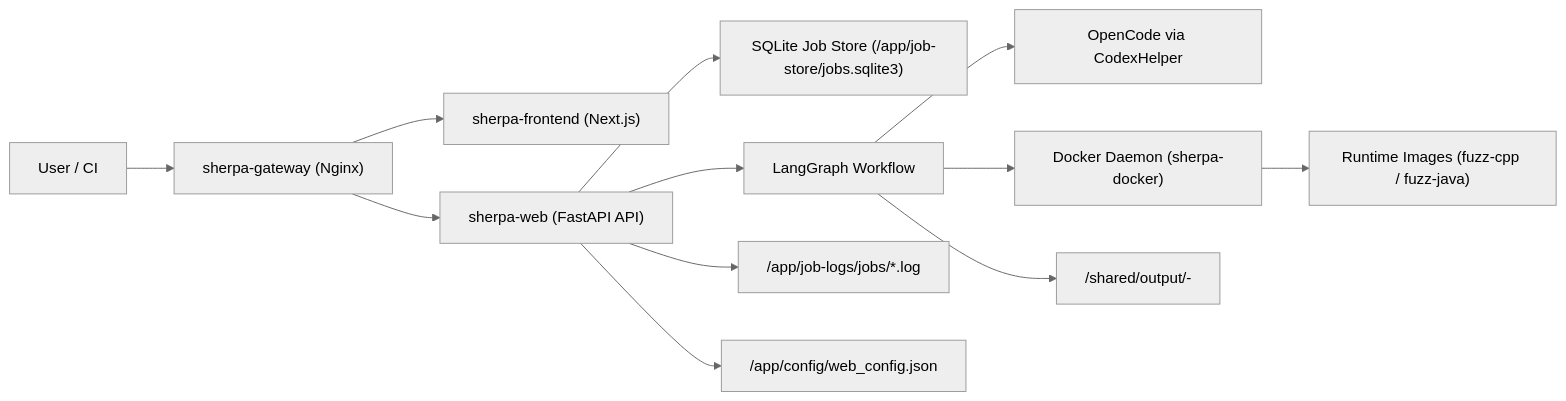
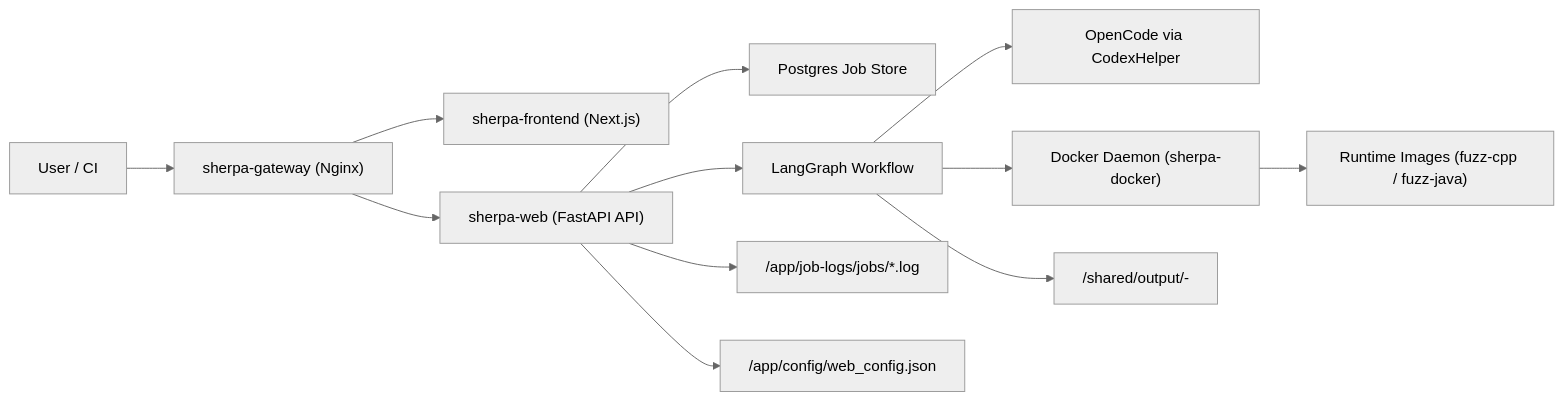
The first of 13 diagrams in README.md (ZUENS2020/Sherpa), drawn with Mermaid (neutral theme) before and after one commit. The commit also changed other lines of this file and 28 other files, not shown here.

````diff
--- a/README.md
+++ b/README.md
@@ -31,14 +32,14 @@
 ```mermaid
 flowchart LR
   U["User / CI"] --> GW["sherpa-gateway (Nginx)"]
   GW --> FE["sherpa-frontend (Next.js)"]
   GW --> WEB["sherpa-web (FastAPI API)"]
-  WEB --> JOB["SQLite Job Store (/app/job-store/jobs.sqlite3)"]
+  WEB --> JOB["Postgres Job Store"]
   WEB --> WF["LangGraph Workflow"]
   WF --> OC["OpenCode via CodexHelper"]
   WF --> DIND["Docker Daemon (sherpa-docker)"]
   DIND --> IMG["Runtime Images (fuzz-cpp / fuzz-java)"]
   WF --> OUT["/shared/output/<repo>-<id>"]
   WEB --> LOG["/app/job-logs/jobs/*.log"]
   WEB --> CFG["/app/config/web_config.json"]
 ```
````
